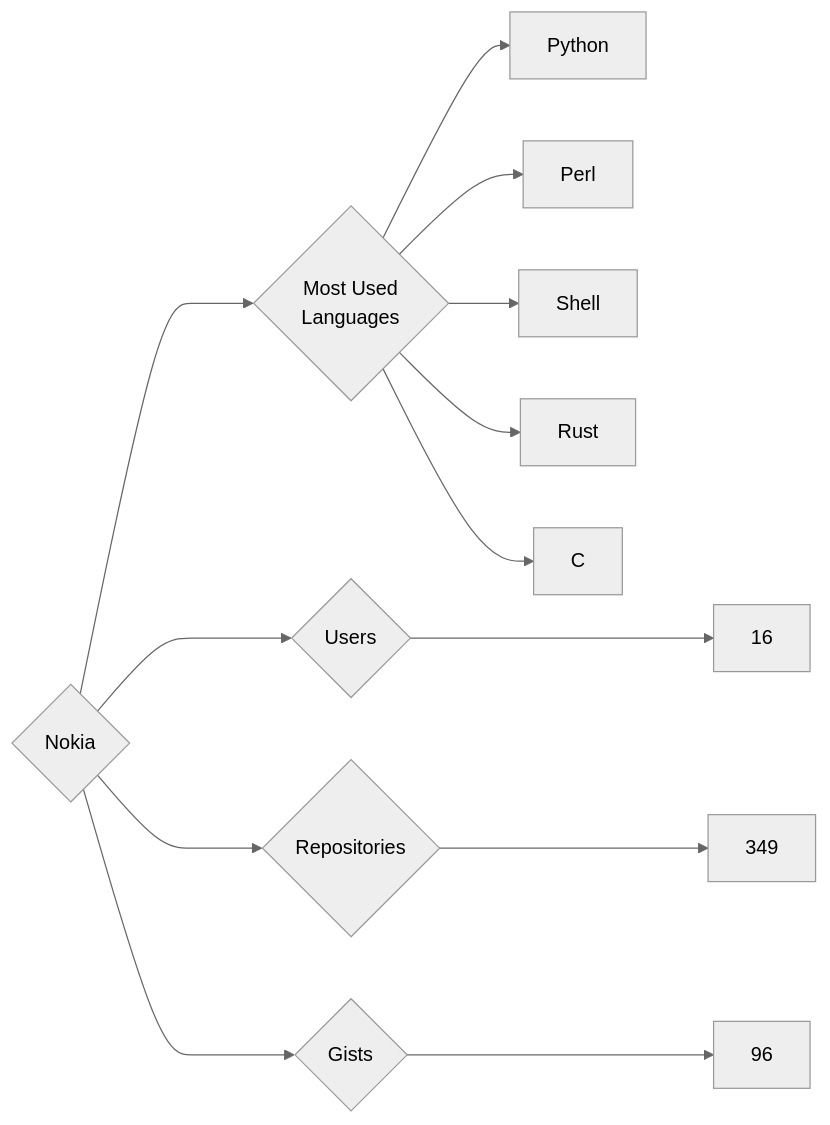
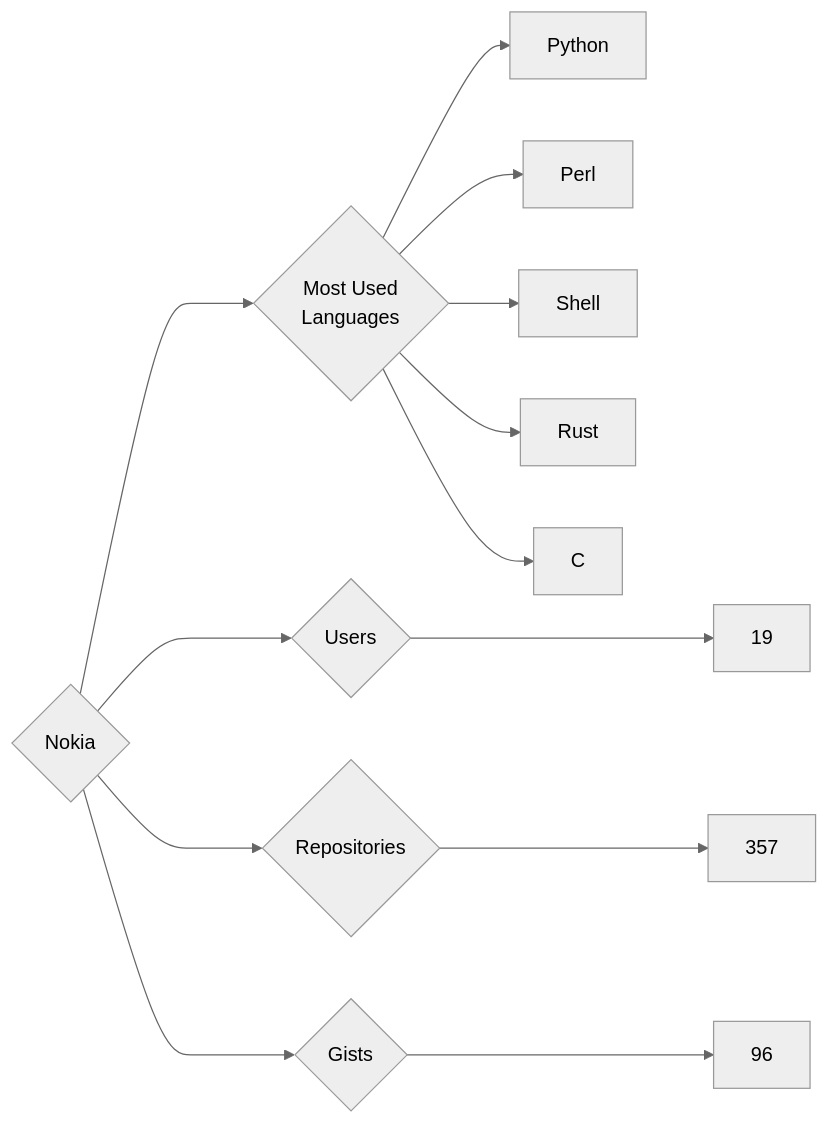
One commit to trickest/insiders changed the diagram in targets/Nokia/README.md. Above: the diagram before and after it, drawn with Mermaid (neutral theme). The commit also changed 1696 other files, not shown here.

````diff
--- a/targets/Nokia/README.md
+++ b/targets/Nokia/README.md
@@ -3,13 +3,13 @@
 ```mermaid
 graph LR
 COMPANY_NAME{Nokia}
-COMPANY_NAME ---> U{Users} ---> UN[16]
-COMPANY_NAME ---> R{Repositories} ---> RN[349]
+COMPANY_NAME ---> U{Users} ---> UN[19]
+COMPANY_NAME ---> R{Repositories} ---> RN[357]
 COMPANY_NAME ---> G{Gists} ---> GN[96]
 COMPANY_NAME ---> ML{Most Used<br>Languages}
 ML --> Python[Python]
 ML --> Perl[Perl]
 ML --> Shell[Shell]
 ML --> Rust[Rust]
 ML --> C[C]
 ```
````
